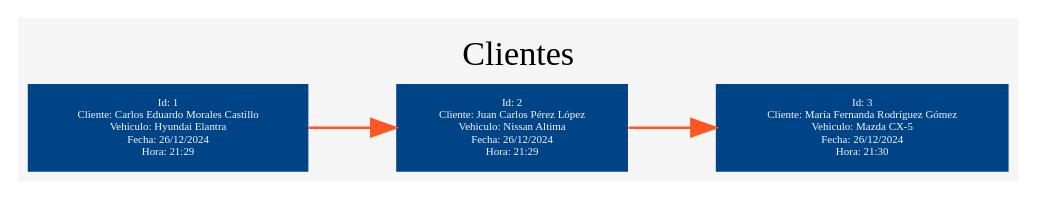
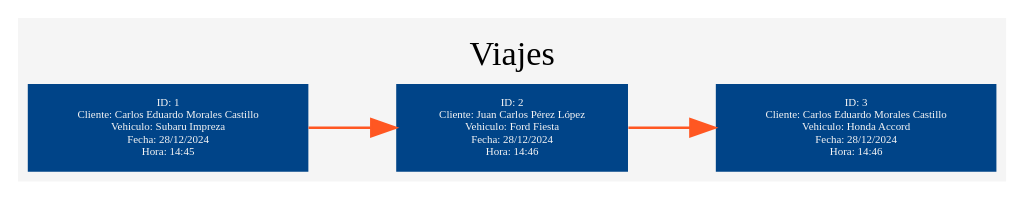
Before and after one commit to HerberthReyes07/EDD_EVD24_P2: the diagram in graficas_edd/aux_grafico.dot, drawn with Graphviz. The commit also changed 11 other files, not shown here.

```diff
--- a/graficas_edd/aux_grafico.dot
+++ b/graficas_edd/aux_grafico.dot
@@ -1,16 +1,16 @@
 digraph G {
 	graph[rankdir="LR"]
 	bgcolor="#F5F5F5";
 	fontcolor=black;
-	label="Clientes";
+	label="Viajes";
 	labelloc="t";
 	nodesep=0.5;
 	node [fontsize = 4.5 shape=box style=filled fillcolor="#004488" fontcolor="#F5F5F5" color=transparent];
 	edge [fontcolor=white color="#ff5722"];
-	n1[label="Id: 1\nCliente: Carlos Eduardo Morales Castillo\nVehiculo: Hyundai Elantra\nFecha: 26/12/2024\nHora: 21:29"];
-	n2[label="Id: 2\nCliente: Juan Carlos Pérez López\nVehiculo: Nissan Altima\nFecha: 26/12/2024\nHora: 21:29"];
-	n3[label="Id: 3\nCliente: María Fernanda Rodríguez Gómez\nVehiculo: Mazda CX-5\nFecha: 26/12/2024\nHora: 21:30"];
+	n1[label="ID: 1\nCliente: Carlos Eduardo Morales Castillo\nVehiculo: Subaru Impreza\nFecha: 28/12/2024\nHora: 14:45"];
+	n2[label="ID: 2\nCliente: Juan Carlos Pérez López\nVehiculo: Ford Fiesta\nFecha: 28/12/2024\nHora: 14:46"];
+	n3[label="ID: 3\nCliente: Carlos Eduardo Morales Castillo\nVehiculo: Honda Accord\nFecha: 28/12/2024\nHora: 14:46"];
 	n1 -> n2;
 	n2 -> n3;
 	
 }
```
